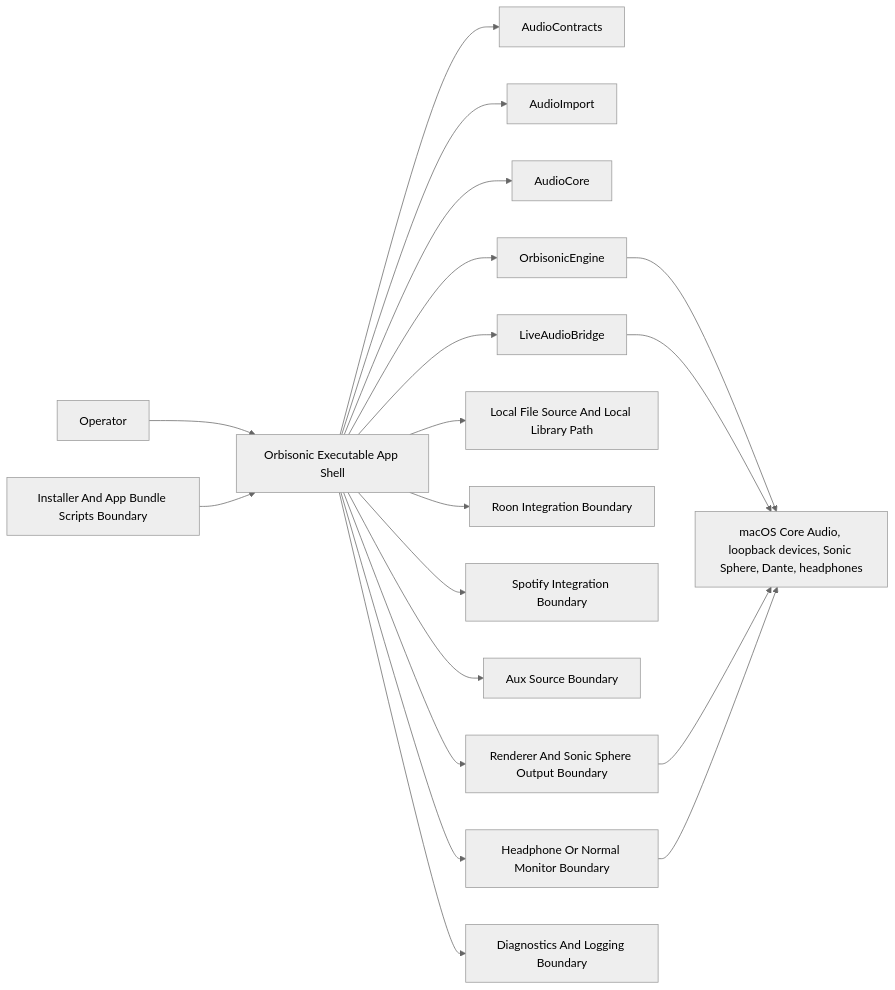
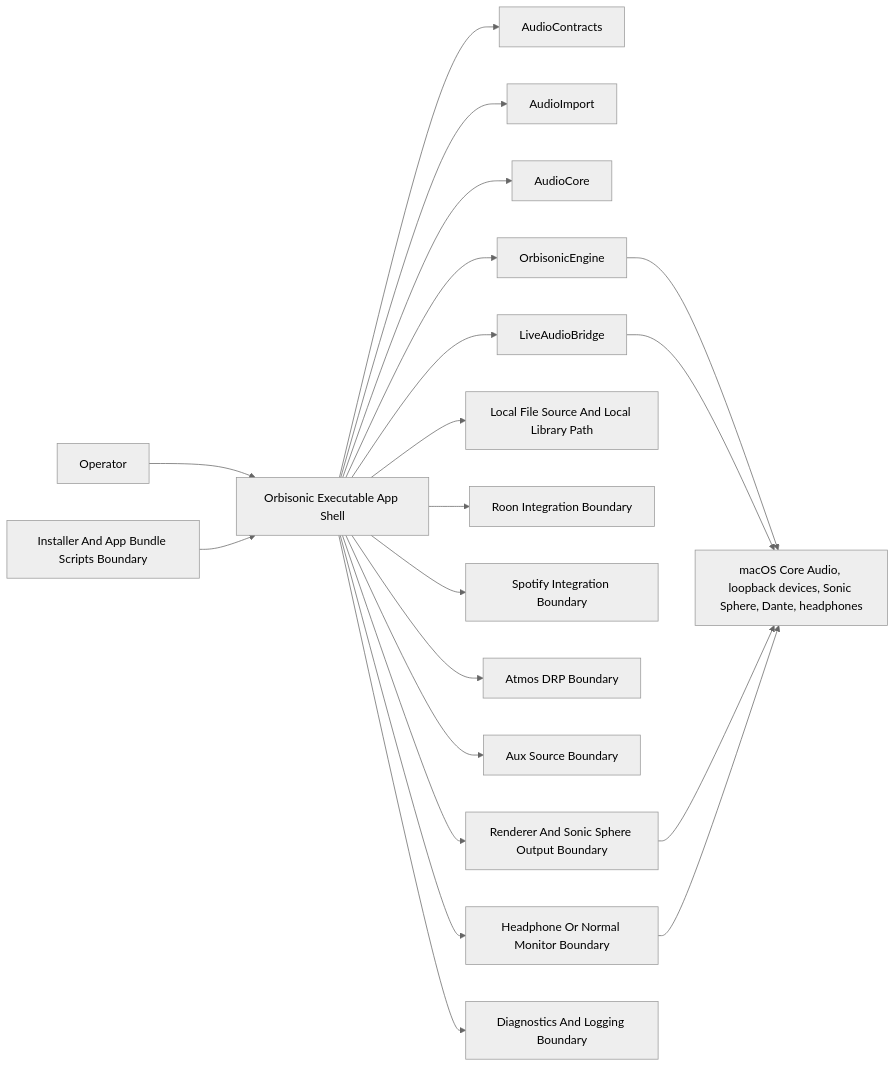
Before and after one commit to jebagu/Orbisonic: the first of 13 diagrams in docs/system-flows.md, drawn with Mermaid (neutral theme). The commit also changed other lines of this file and 20 other files, not shown here.

````diff
--- a/docs/system-flows.md
+++ b/docs/system-flows.md
@@ -20,38 +20,40 @@
 ```mermaid
 flowchart LR
     Operator["Operator"]
     App["Orbisonic Executable App Shell"]
     Contracts["AudioContracts"]
     Import["AudioImport"]
     Core["AudioCore"]
     Engine["OrbisonicEngine"]
     LiveBridge["LiveAudioBridge"]
     LocalFiles["Local File Source And Local Library Path"]
     Roon["Roon Integration Boundary"]
     Spotify["Spotify Integration Boundary"]
+    Atmos["Atmos DRP Boundary"]
     Aux["Aux Source Boundary"]
     Renderer["Renderer And Sonic Sphere Output Boundary"]
     Monitor["Headphone Or Normal Monitor Boundary"]
     Diagnostics["Diagnostics And Logging Boundary"]
     Hardware["macOS Core Audio, loopback devices, Sonic Sphere, Dante, headphones"]
     BundleScripts["Installer And App Bundle Scripts Boundary"]
 
     Operator --> App
     App --> Contracts
     App --> Import
     App --> Core
     App --> Engine
     App --> LiveBridge
     App --> LocalFiles
     App --> Roon
     App --> Spotify
+    App --> Atmos
     App --> Aux
     App --> Renderer
     App --> Monitor
     App --> Diagnostics
     Engine --> Hardware
     LiveBridge --> Hardware
     Renderer --> Hardware
     Monitor --> Hardware
     BundleScripts --> App
 ```
````
